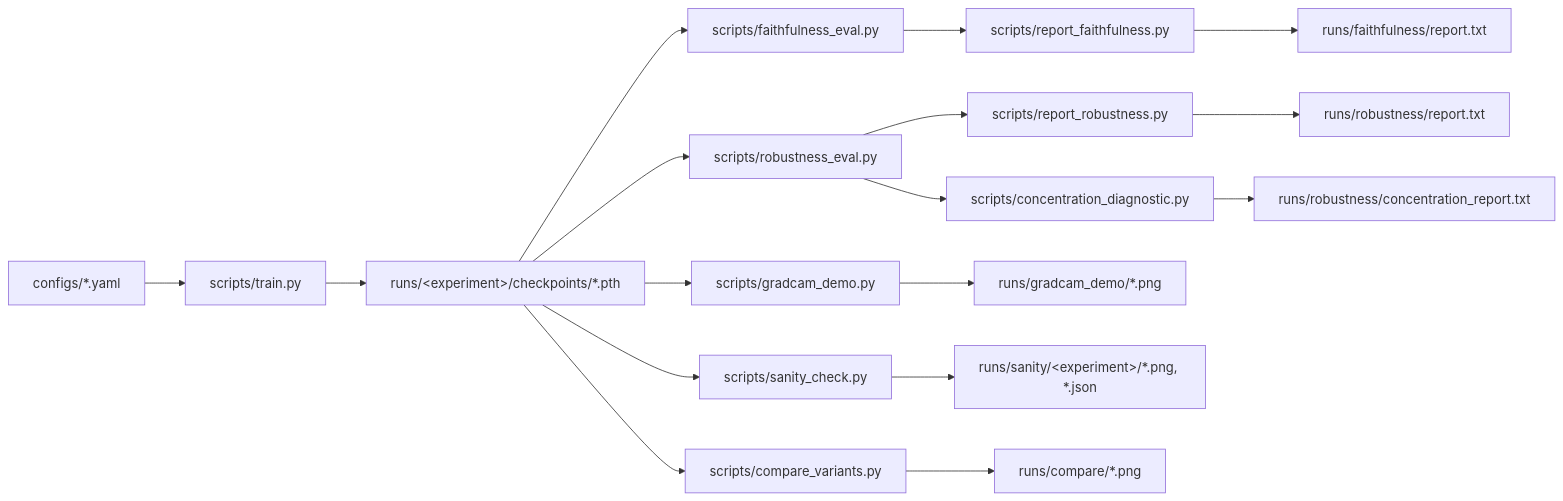
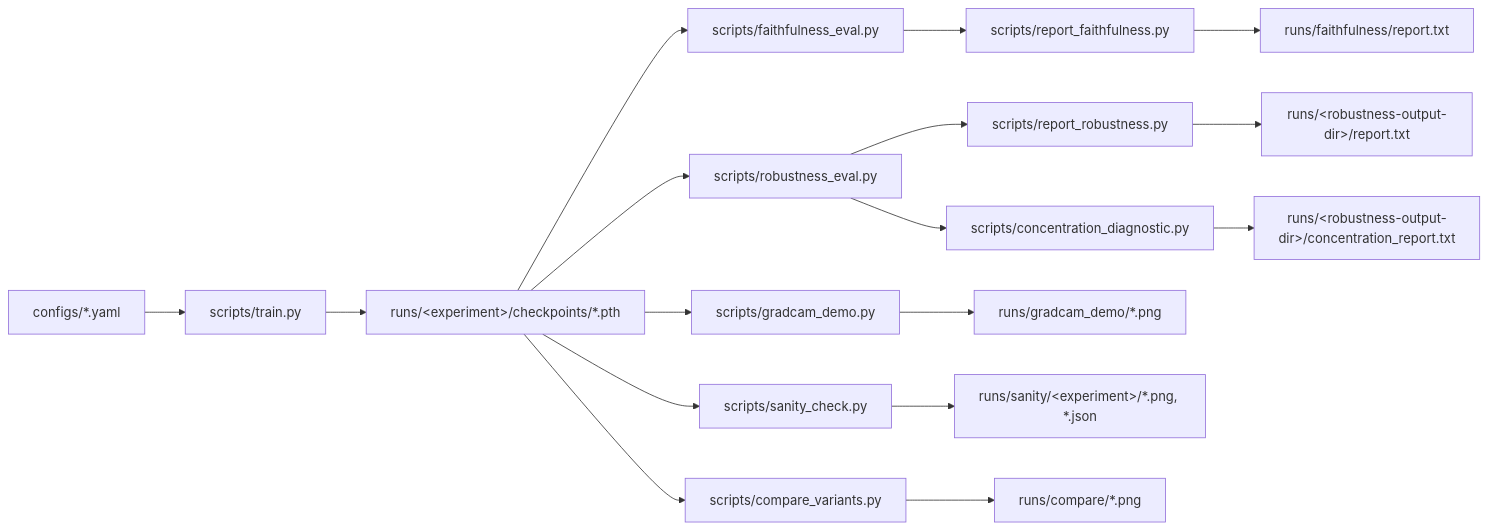
One commit to Dhwanitisshah/Interpreting-MobileNetV3-Small-on-CIFAR-10 changed the diagram in README.md. Above: the diagram before and after it, drawn with Mermaid. The commit also changed other lines of this file and 8 other files, not shown here.

````diff
--- a/README.md
+++ b/README.md
@@ -284,19 +315,19 @@
 ```mermaid
 flowchart LR
     A[configs/*.yaml] --> B[scripts/train.py]
     B --> C["runs/&lt;experiment&gt;/checkpoints/*.pth"]
     C --> D[scripts/gradcam_demo.py]
     C --> E[scripts/sanity_check.py]
     C --> F[scripts/compare_variants.py]
     C --> G[scripts/faithfulness_eval.py]
     C --> H[scripts/robustness_eval.py]
     G --> I[scripts/report_faithfulness.py]
     H --> J[scripts/report_robustness.py]
     H --> K[scripts/concentration_diagnostic.py]
     D --> L[runs/gradcam_demo/*.png]
     E --> M["runs/sanity/&lt;experiment&gt;/*.png, *.json"]
     F --> N[runs/compare/*.png]
     I --> O[runs/faithfulness/report.txt]
-    J --> P[runs/robustness/report.txt]
-    K --> Q[runs/robustness/concentration_report.txt]
+    J --> P["runs/&lt;robustness-output-dir&gt;/report.txt"]
+    K --> Q["runs/&lt;robustness-output-dir&gt;/concentration_report.txt"]
 ```
````
